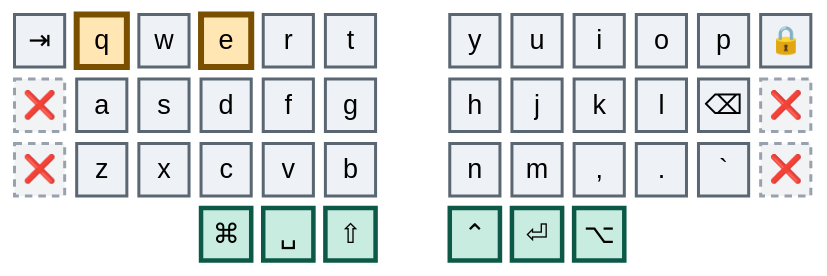
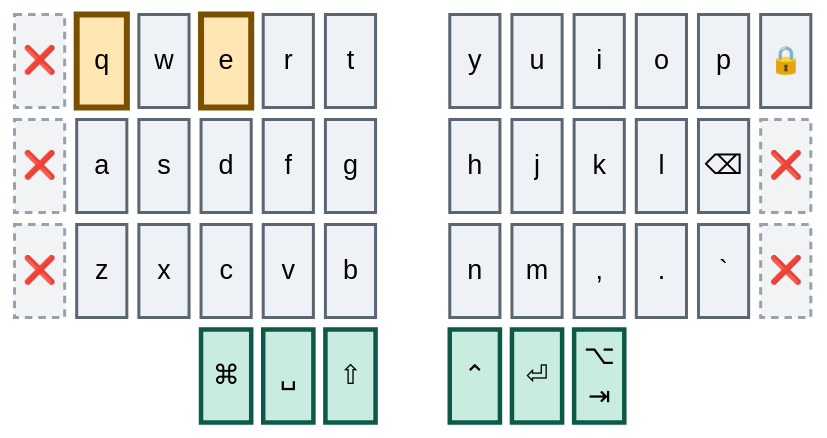
Before and after one commit to abloch/zmk-corne: diagram 12 of 41 in combos.md, drawn with Mermaid. The commit also changed other lines of this file and 5 other files, not shown here.

````diff
--- a/combos.md
+++ b/combos.md
@@ -317,21 +317,21 @@
 ```mermaid
 %%{init: {'theme':'base','themeVariables':{'primaryColor':'#eef1f5','primaryTextColor':'#0b0f14','primaryBorderColor':'#5b6673','nodeTextColor':'#0b0f14','textColor':'#0b0f14','mainBkg':'#eef1f5','fontSize':'18px'}}}%%
 block
 columns 13
 
-  tab["⇥"] q w e r t space y u i o p lock["🔒"]
+  tab["❌"] q w e r t space y u i o p lock["🔒"]
   x4["❌"] a s d f g space h j k l bspc["⌫"] x1["❌"]
   x2["❌"] z x c v b space n m cma[","] dot["."] grv[" `"] x3["❌"]
-  space:3 cmd["⌘"] spc["␣"] sft["⇧"] space ctl["⌃"] ent["⏎"] alt["⌥"] space:3
+  space:3 cmd["⌘"] spc["␣"] sft["⇧"] space ctl["⌃"] ent["⏎"] alt["⌥<br/>⇥"] space:3
 
   classDef anchor fill:#bfe6f0,stroke:#0a4f63,stroke-width:4px,color:#04222b
   classDef trig fill:#ffe6b3,stroke:#7a5000,stroke-width:4px,color:#2e1e00
   classDef core fill:#eef1f5,stroke:#5b6673,stroke-width:2px,color:#0b0f14
   classDef thumb fill:#c8ece0,stroke:#0b5946,stroke-width:3px,color:#06241c
   classDef dead fill:#f2f3f5,stroke:#98a2ae,stroke-width:2px,stroke-dasharray:5 4,color:#5b6673
 
   class q,e trig
-  class tab,w,r,t,y,u,i,o,p,lock,a,s,d,f,g,h,j,k,l,bspc,z,x,c,v,b,n,m,cma,dot,grv core
+  class w,r,t,y,u,i,o,p,lock,a,s,d,f,g,h,j,k,l,bspc,z,x,c,v,b,n,m,cma,dot,grv core
   class cmd,spc,sft,ctl,ent,alt thumb
-  class x1,x2,x3,x4 dead
+  class tab,x1,x2,x3,x4 dead
 ```
````
